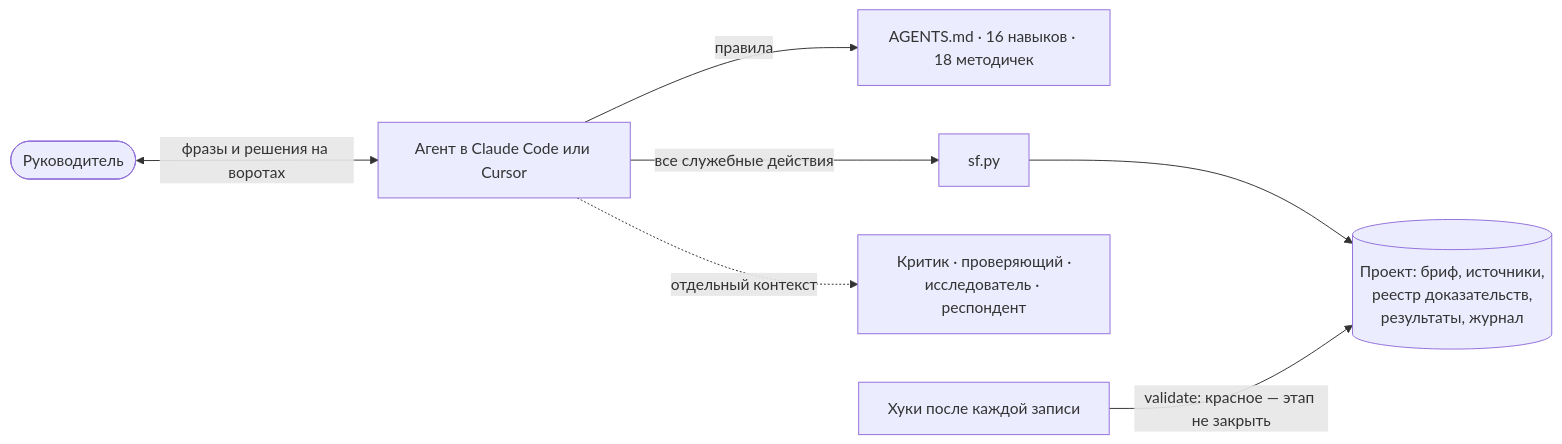
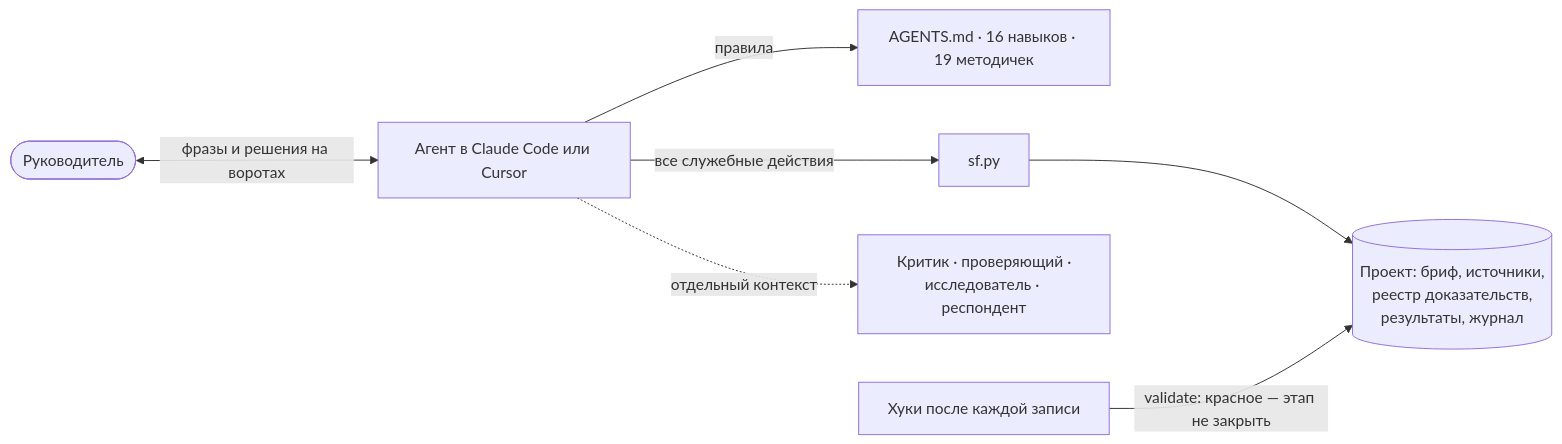
Before and after one commit to marrxse/product-factory-strategist: the diagram in README.md, drawn with Mermaid. The commit also changed other lines of this file and 34 other files, not shown here.

````diff
--- a/README.md
+++ b/README.md
@@ -99,9 +99,9 @@
 ```mermaid
 flowchart LR
     H([Руководитель]) <-->|фразы и решения на воротах| A[Агент в Claude Code или Cursor]
-    A -->|правила| R[AGENTS.md · 16 навыков · 18 методичек]
+    A -->|правила| R[AGENTS.md · 16 навыков · 19 методичек]
     A -->|все служебные действия| S[sf.py]
     S --> P[(Проект: бриф, источники,<br/>реестр доказательств,<br/>результаты, журнал)]
     A -.->|отдельный контекст| C[Критик · проверяющий ·<br/>исследователь · респондент]
     K[Хуки после каждой записи] -->|validate: красное — этап не закрыть| P
 ```
````
